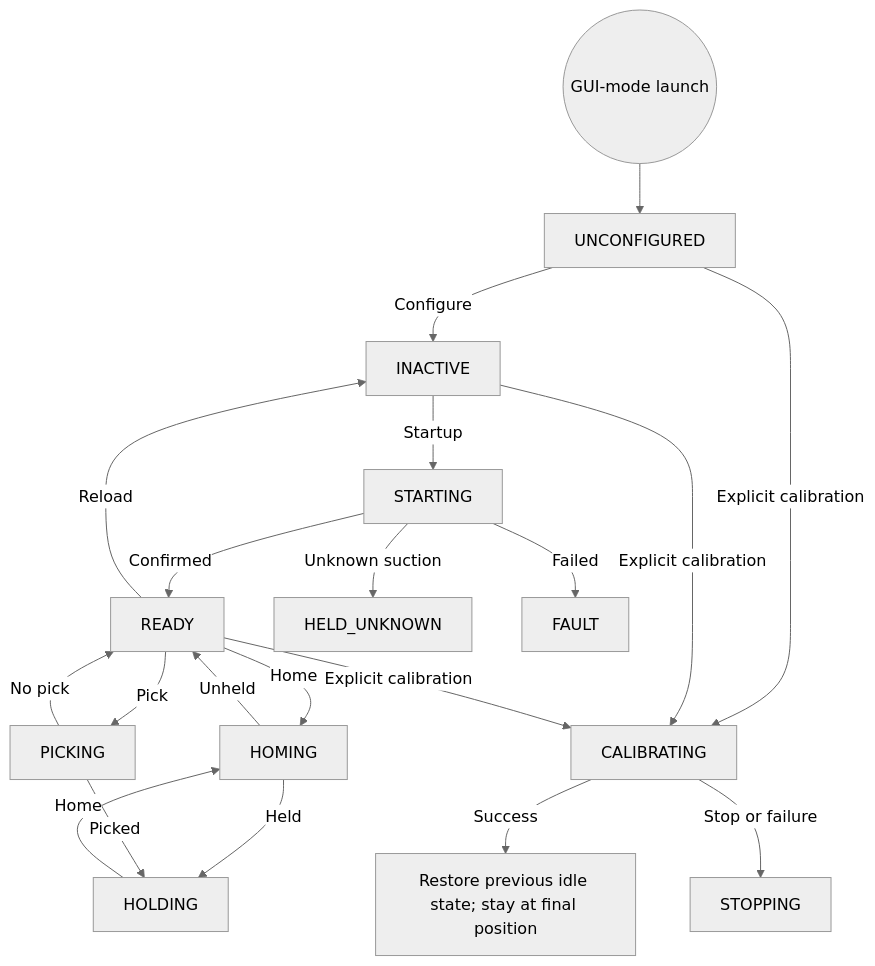
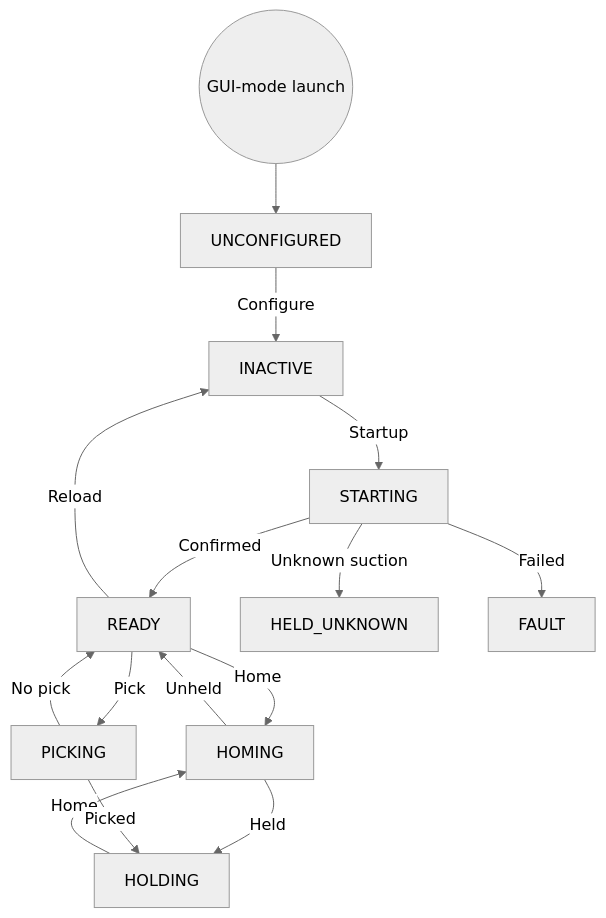
Before and after one commit to esgange/dobot_picknplace_yolo: the first of 6 diagrams in docs/ROBOT_CONTROLLER_FSM.md, drawn with Mermaid (neutral theme). The commit also changed other lines of this file and 26 other files, not shown here.

````diff
--- a/docs/ROBOT_CONTROLLER_FSM.md
+++ b/docs/ROBOT_CONTROLLER_FSM.md
@@ -42,22 +41,17 @@
 ```mermaid
 flowchart TD
     Launch((GUI-mode launch)) --> UNCONFIGURED
     UNCONFIGURED -->|Configure| INACTIVE
     INACTIVE -->|Startup| STARTING
     STARTING -->|Confirmed| READY
     READY -->|Reload| INACTIVE
     READY -->|Home| HOMING
     HOMING -->|Unheld| READY
     HOLDING -->|Home| HOMING
     HOMING -->|Held| HOLDING
     READY -->|Pick| PICKING
     PICKING -->|Picked| HOLDING
     PICKING -->|No pick| READY
     STARTING -->|Unknown suction| HELD_UNKNOWN
     STARTING -->|Failed| FAULT
-    UNCONFIGURED -->|Explicit calibration| CALIBRATING
-    INACTIVE -->|Explicit calibration| CALIBRATING
-    READY -->|Explicit calibration| CALIBRATING
-    CALIBRATING -->|Success| Previous["Restore previous idle state; stay at final position"]
-    CALIBRATING -->|Stop or failure| STOPPING
 ```
````
